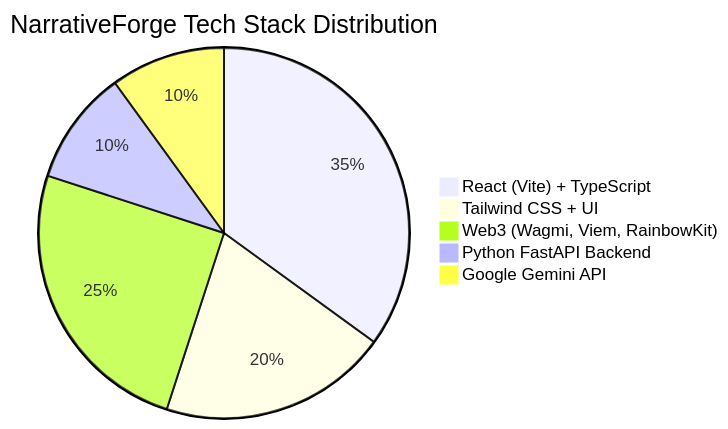
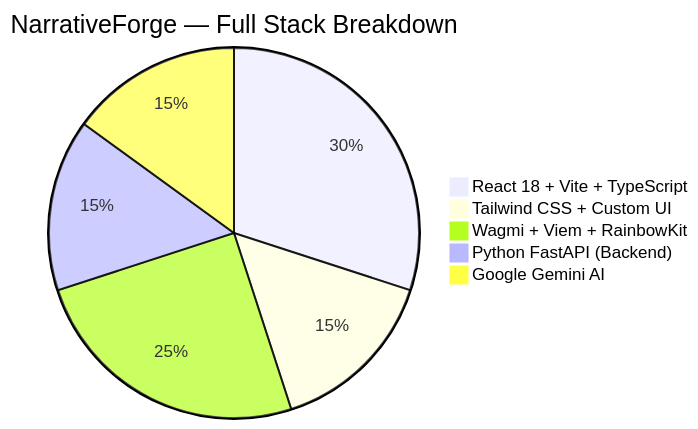
Before and after one commit to shriyashsoni/Narrative-Forge: the second of 2 diagrams in README.md, drawn with Mermaid. The commit also changed other lines of this file, not shown here.

Commit message:
docs: full professional README rewrite with badges, mermaid diagrams, wave upgrade table, and complete stack documentation

````diff
--- a/README.md
+++ b/README.md
@@ -79,8 +125,8 @@
 ```mermaid
-pie title NarrativeForge Tech Stack Distribution
-    "React (Vite) + TypeScript" : 35
-    "Tailwind CSS + UI" : 20
-    "Web3 (Wagmi, Viem, RainbowKit)" : 25
-    "Python FastAPI Backend" : 10
-    "Google Gemini API" : 10
+pie title NarrativeForge — Full Stack Breakdown
+    "React 18 + Vite + TypeScript" : 30
+    "Tailwind CSS + Custom UI" : 15
+    "Wagmi + Viem + RainbowKit" : 25
+    "Python FastAPI (Backend)" : 15
+    "Google Gemini AI" : 15
 ```
````
